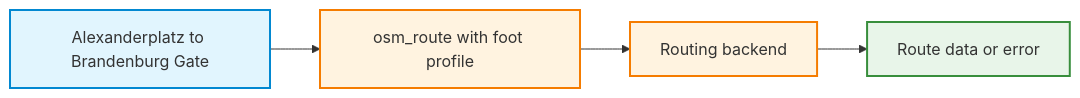
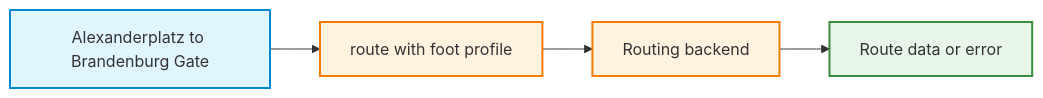
One commit to AI-Learning-Repo/Neural-Network-Project changed the fifth of 7 diagrams in material/activity2a.md. Above: the diagram before and after it, drawn with Mermaid. The commit also changed other lines of this file and 1 other file, not shown here.

````diff
--- a/material/activity2a.md
+++ b/material/activity2a.md
@@ -506,9 +561,9 @@
 ```mermaid
 flowchart LR
     classDef input fill:#e1f5fe,stroke:#0288d1,stroke-width:2px;
     classDef process fill:#fff3e0,stroke:#f57c00,stroke-width:2px;
     classDef output fill:#e8f5e9,stroke:#388e3c,stroke-width:2px;
-    points["Alexanderplatz to Brandenburg Gate"]:::input --> tool["osm_route with foot profile"]:::process
+    points["Alexanderplatz to Brandenburg Gate"]:::input --> tool["route with foot profile"]:::process
     tool --> backend["Routing backend"]:::process
     backend --> result["Route data or error"]:::output
 ```
````
